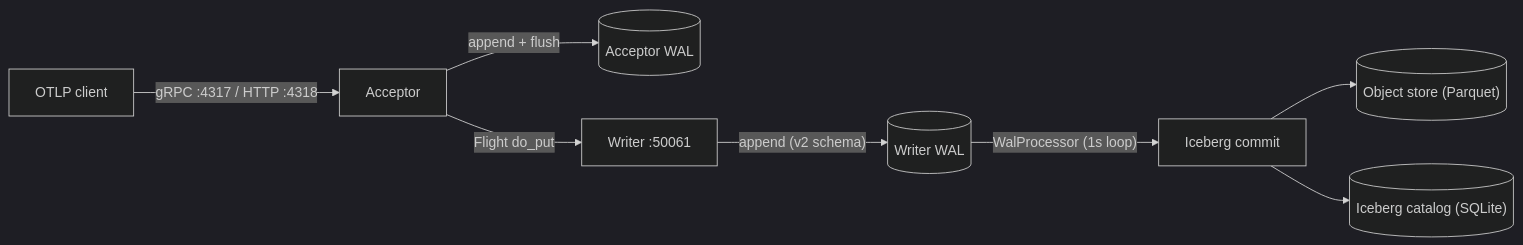
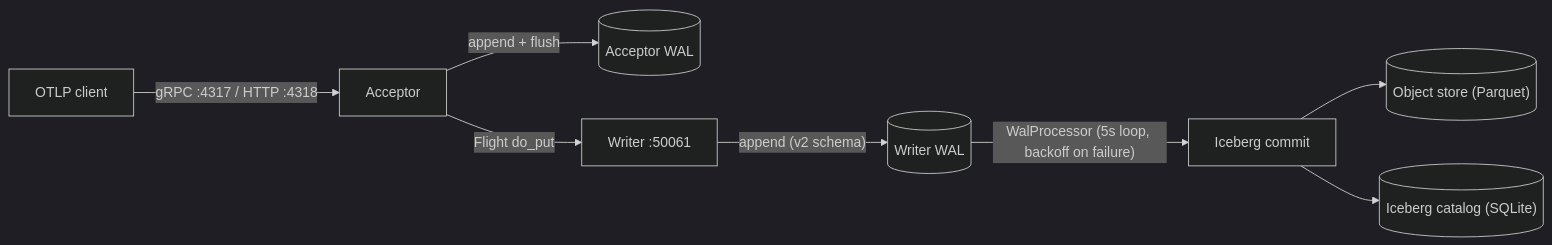
The first of 2 diagrams in docs/architecture/overview.md (cedricziel/signaldb), drawn with Mermaid (dark theme) before and after one commit. The commit also changed other lines of this file and 35 other files, not shown here.

````diff
--- a/docs/architecture/overview.md
+++ b/docs/architecture/overview.md
@@ -87,10 +94,10 @@
 ```mermaid
 flowchart LR
     Client["OTLP client"] -->|"gRPC :4317 / HTTP :4318"| Acceptor
     Acceptor -->|"append + flush"| AWal[("Acceptor WAL")]
     Acceptor -->|"Flight do_put"| Writer["Writer :50061"]
     Writer -->|"append (v2 schema)"| WWal[("Writer WAL")]
-    WWal -->|"WalProcessor (1s loop)"| Iceberg["Iceberg commit"]
+    WWal -->|"WalProcessor (5s loop, backoff on failure)"| Iceberg["Iceberg commit"]
     Iceberg --> Store[("Object store (Parquet)")]
     Iceberg --> Cat[("Iceberg catalog (SQLite)")]
 ```
````
